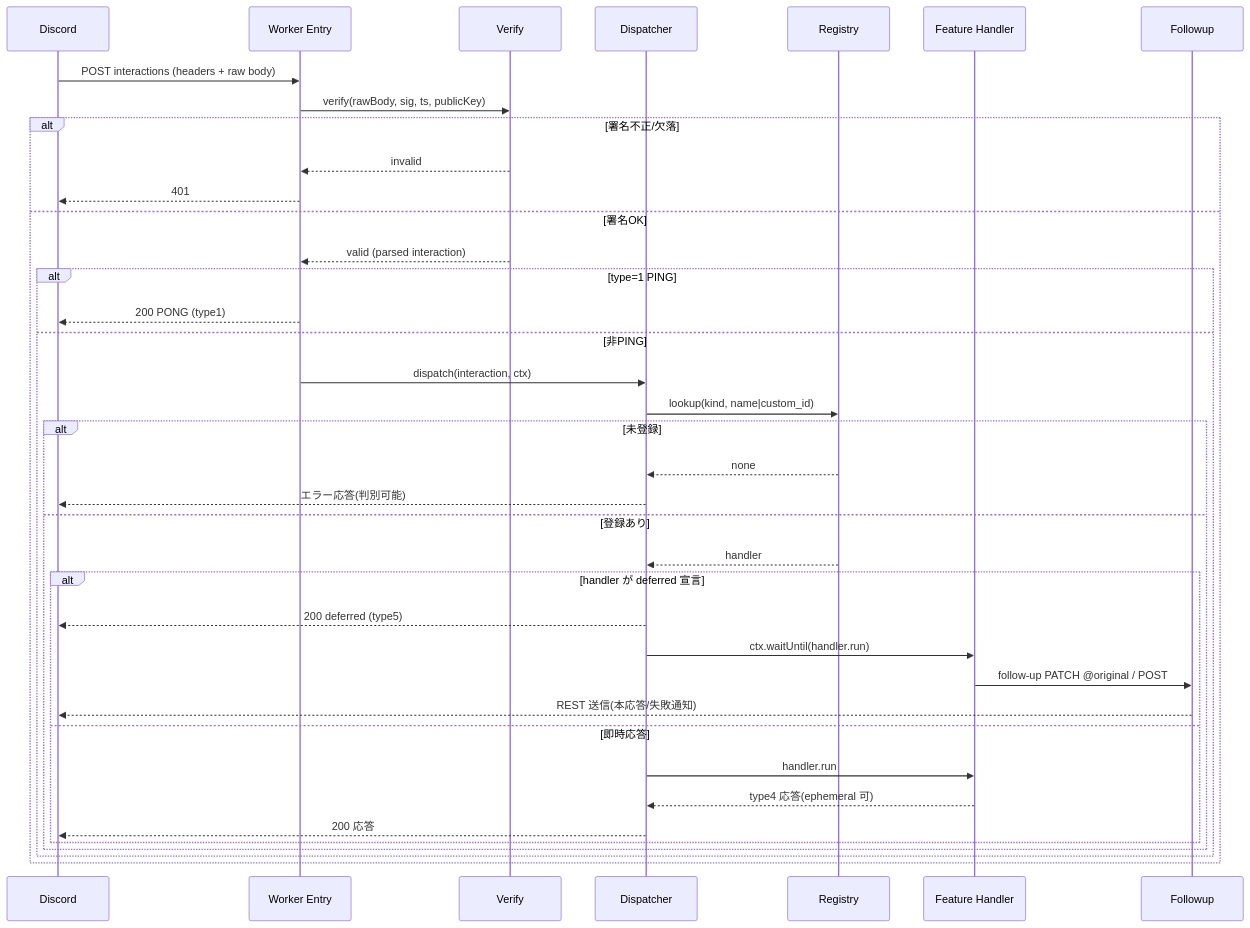
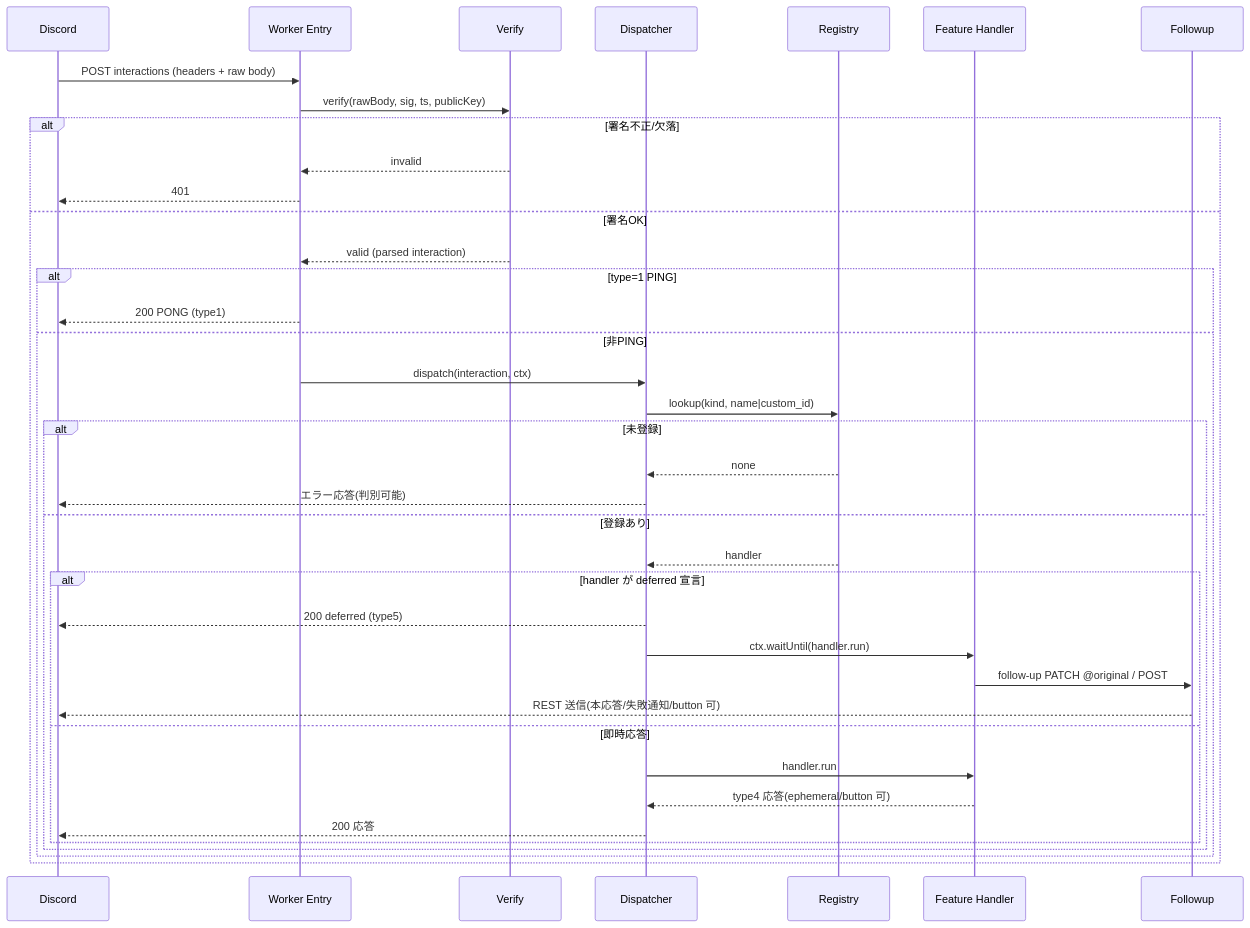
The second of 4 diagrams in .kiro/specs/discord-gateway/design.md (aGFydWtp/goal-agent), drawn with Mermaid before and after one commit. The commit also changed other lines of this file and 3 other files, not shown here.

````diff
--- a/.kiro/specs/discord-gateway/design.md
+++ b/.kiro/specs/discord-gateway/design.md
@@ -138,40 +139,40 @@
 ```mermaid
 sequenceDiagram
     participant D as Discord
     participant E as Worker Entry
     participant V as Verify
     participant DP as Dispatcher
     participant R as Registry
     participant H as Feature Handler
     participant F as Followup
     D->>E: POST interactions (headers + raw body)
     E->>V: verify(rawBody, sig, ts, publicKey)
     alt 署名不正/欠落
         V-->>E: invalid
         E-->>D: 401
     else 署名OK
         V-->>E: valid (parsed interaction)
         alt type=1 PING
             E-->>D: 200 PONG (type1)
         else 非PING
             E->>DP: dispatch(interaction, ctx)
             DP->>R: lookup(kind, name|custom_id)
             alt 未登録
                 R-->>DP: none
                 DP-->>D: エラー応答(判別可能)
             else 登録あり
                 R-->>DP: handler
                 alt handler が deferred 宣言
                     DP-->>D: 200 deferred (type5)
                     DP->>H: ctx.waitUntil(handler.run)
                     H->>F: follow-up PATCH @original / POST
-                    F-->>D: REST 送信(本応答/失敗通知)
+                    F-->>D: REST 送信(本応答/失敗通知/button 可)
                 else 即時応答
                     DP->>H: handler.run
-                    H-->>DP: type4 応答(ephemeral 可)
+                    H-->>DP: type4 応答(ephemeral/button 可)
                     DP-->>D: 200 応答
                 end
             end
         end
     end
 ```
````
